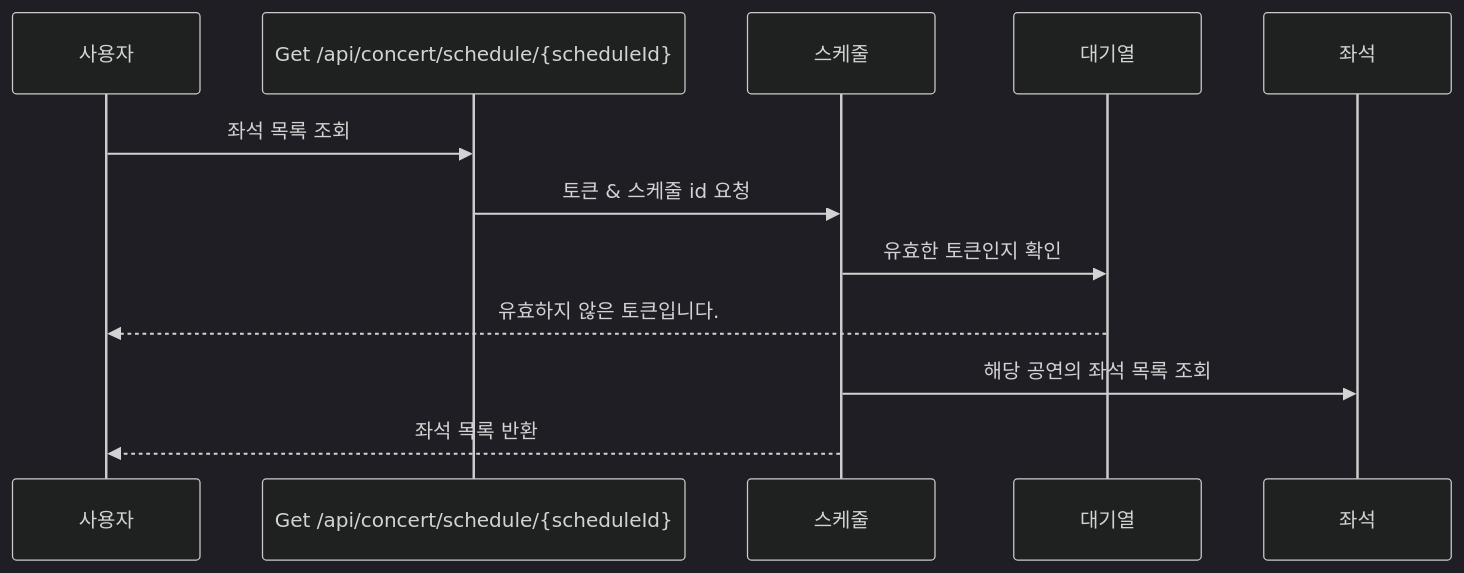
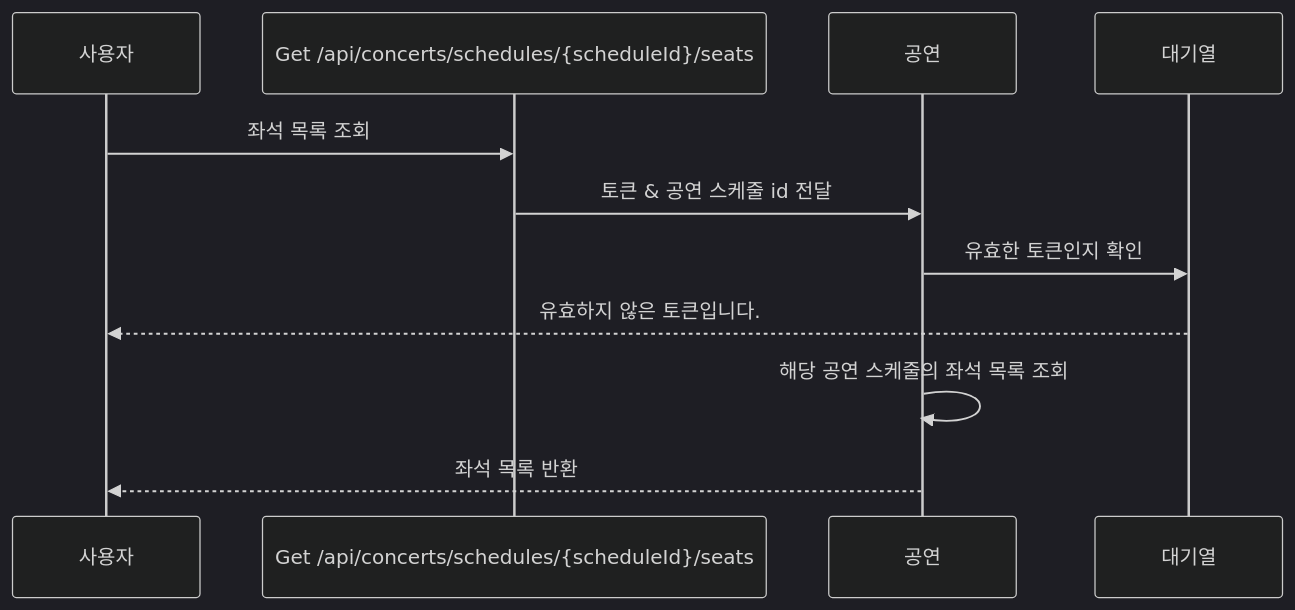
Before and after one commit to Ksanbal/Concert-Reservation-API: the seventh of 14 diagrams in README.md, drawn with Mermaid (dark theme). The commit also changed other lines of this file, not shown here.

Commit message:
:books:Docs: 공연, 예약, 결제, 포인트 시퀀스 다이어그램 변경

````diff
--- a/README.md
+++ b/README.md
@@ -133,12 +140,12 @@
 ```mermaid
 sequenceDiagram
 
-사용자 ->> Get /api/concert/schedule/{scheduleId}: 좌석 목록 조회
-Get /api/concert/schedule/{scheduleId} ->> 스케줄: 토큰 & 스케줄 id 요청
+사용자 ->> Get /api/concerts/schedules/{scheduleId}/seats: 좌석 목록 조회
+Get /api/concerts/schedules/{scheduleId}/seats ->> 공연: 토큰 & 공연 스케줄 id 전달
 
-스케줄 ->> 대기열: 유효한 토큰인지 확인
+공연 ->> 대기열: 유효한 토큰인지 확인
 대기열 -->> 사용자: 유효하지 않은 토큰입니다.
 
-스케줄 ->> 좌석: 해당 공연의 좌석 목록 조회
-스케줄 -->> 사용자: 좌석 목록 반환
+공연 ->> 공연: 해당 공연 스케줄의 좌석 목록 조회
+공연 -->> 사용자: 좌석 목록 반환
 ```
````
